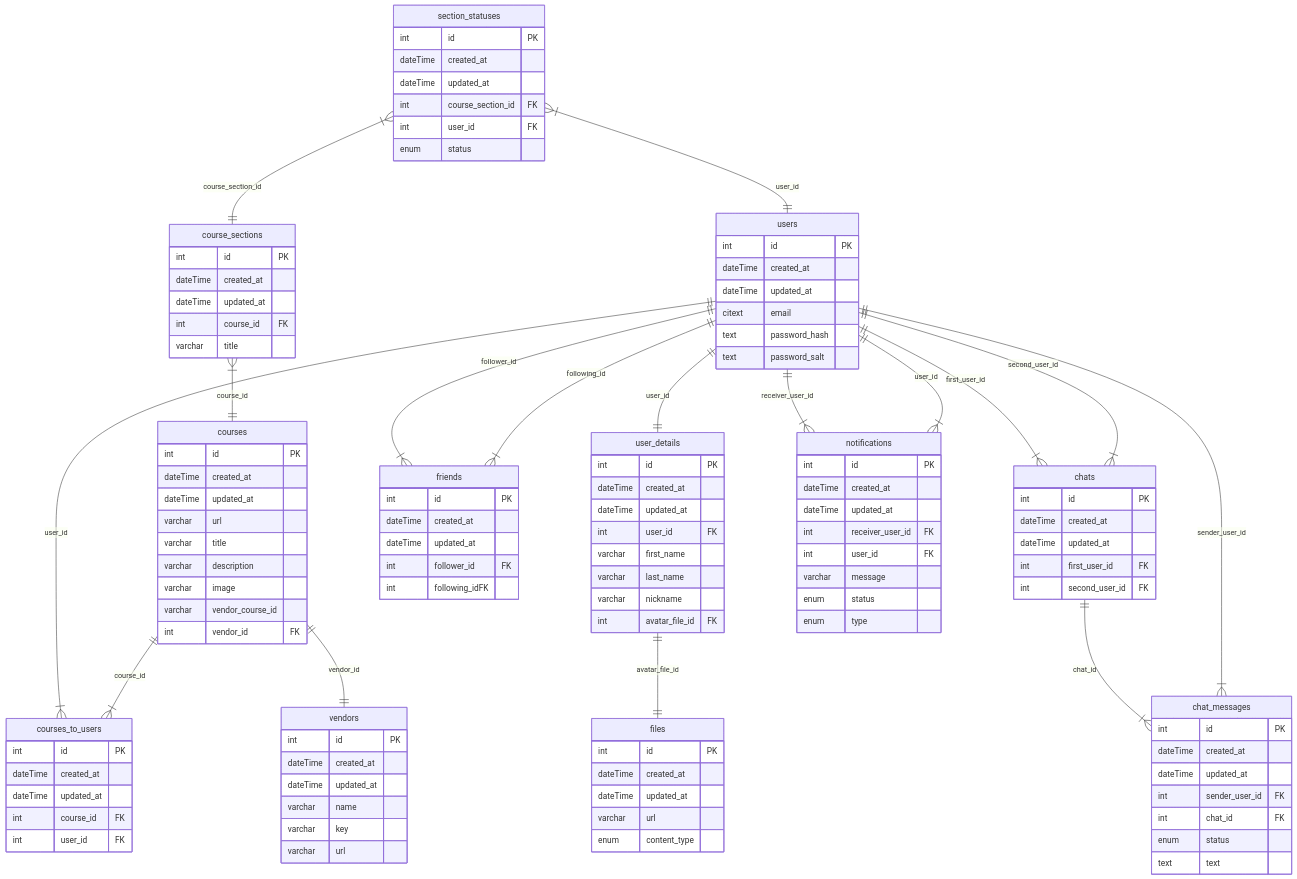
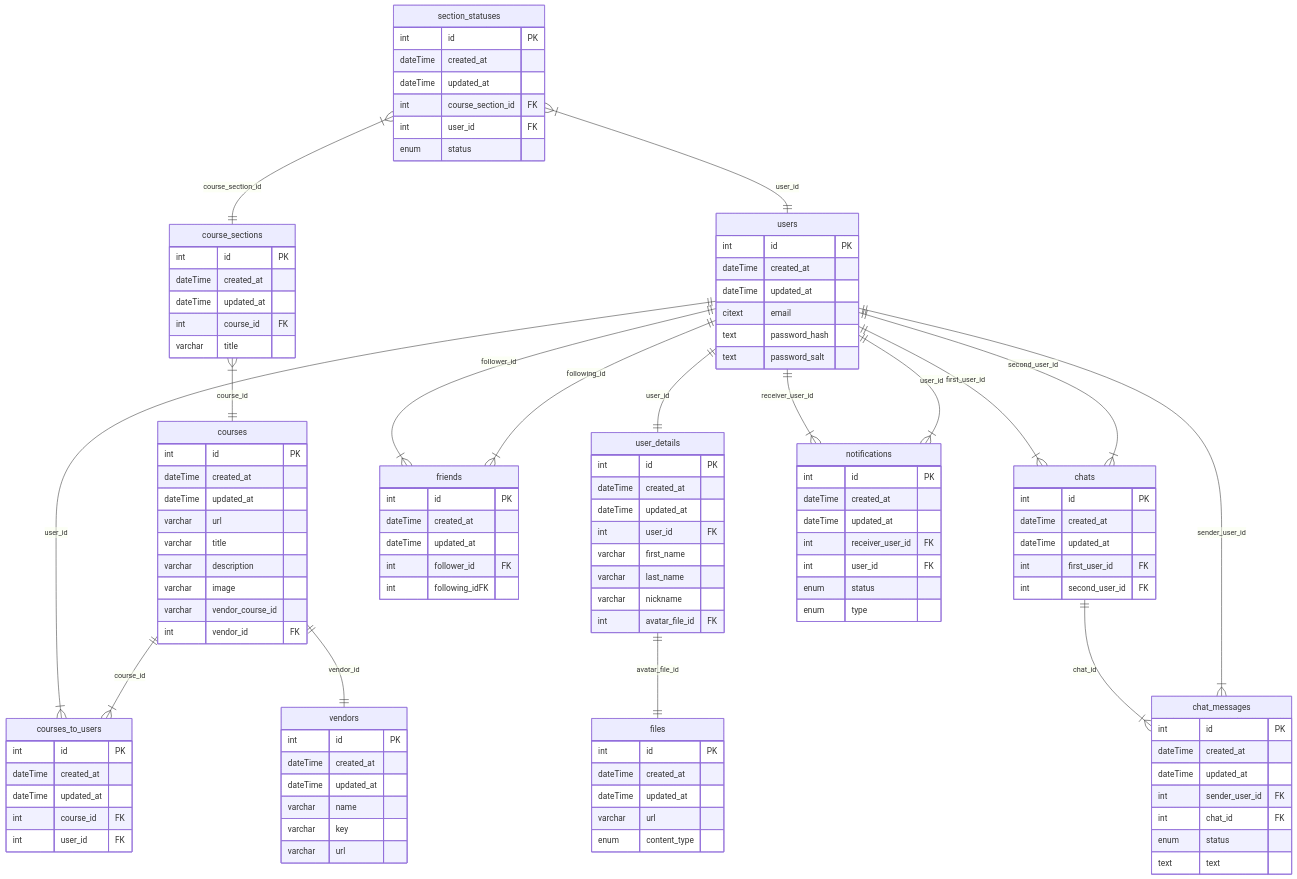
One commit to BinaryStudioAcademy/bsa-winter-2023-2024-trackmates changed the diagram in readme.md. Above: the diagram before and after it, drawn with Mermaid. The commit also changed 14 other files, not shown here.

```diff
--- a/readme.md
+++ b/readme.md
@@ -131,7 +131,6 @@
     dateTime updated_at
     int receiver_user_id FK
     int user_id FK
-    varchar message
     enum status
     enum type
    }
```
